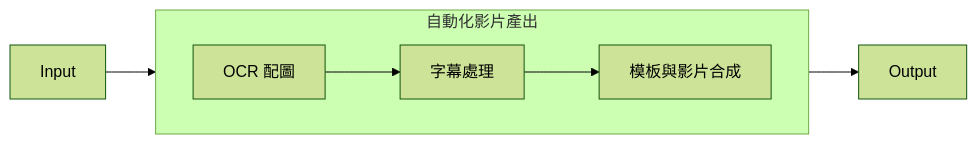
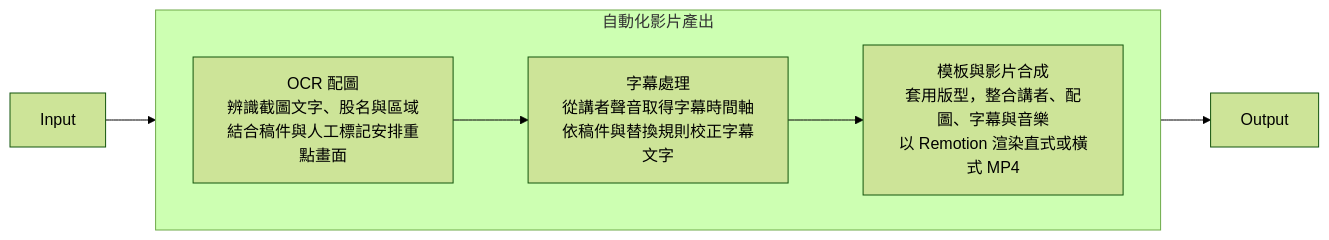
The second of 2 diagrams in README.md (leighly93/marketing-workbrench), drawn with Mermaid (forest theme) before and after one commit.

Commit message:
docs: expand automated production diagram descriptions

````diff
--- a/README.md
+++ b/README.md
@@ -38,10 +38,13 @@
 ```mermaid
 flowchart LR
     productionInput["Input"]
     subgraph automatedProduction["自動化影片產出"]
         direction LR
-        ocrImages["OCR 配圖"] --> subtitleProcessing["字幕處理"] --> templateComposition["模板與影片合成"]
+        ocrImages["OCR 配圖<br/>辨識截圖文字、股名與區域<br/>結合稿件與人工標記安排重點畫面"]
+        subtitleProcessing["字幕處理<br/>從講者聲音取得字幕時間軸<br/>依稿件與替換規則校正字幕文字"]
+        templateComposition["模板與影片合成<br/>套用版型，整合講者、配圖、字幕與音樂<br/>以 Remotion 渲染直式或橫式 MP4"]
+        ocrImages --> subtitleProcessing --> templateComposition
     end
     productionInput --> ocrImages
     templateComposition --> productionOutput["Output"]
 ```
````
